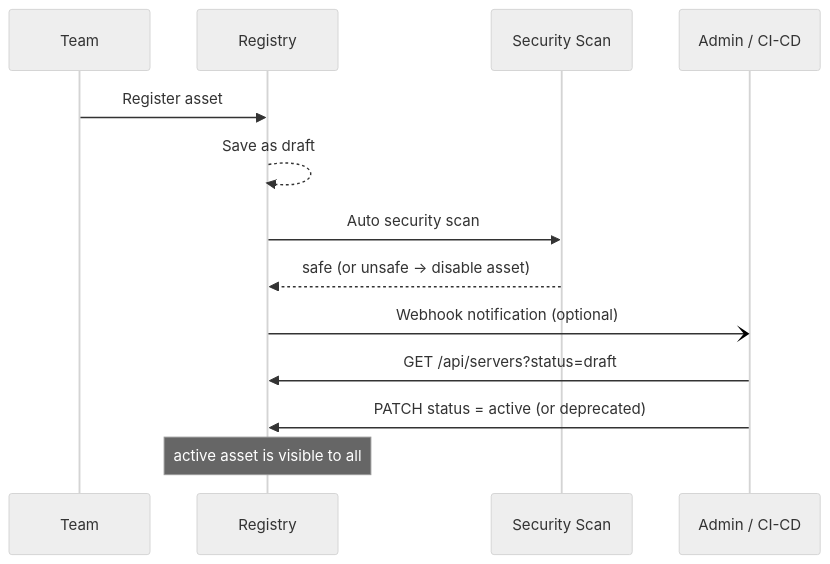
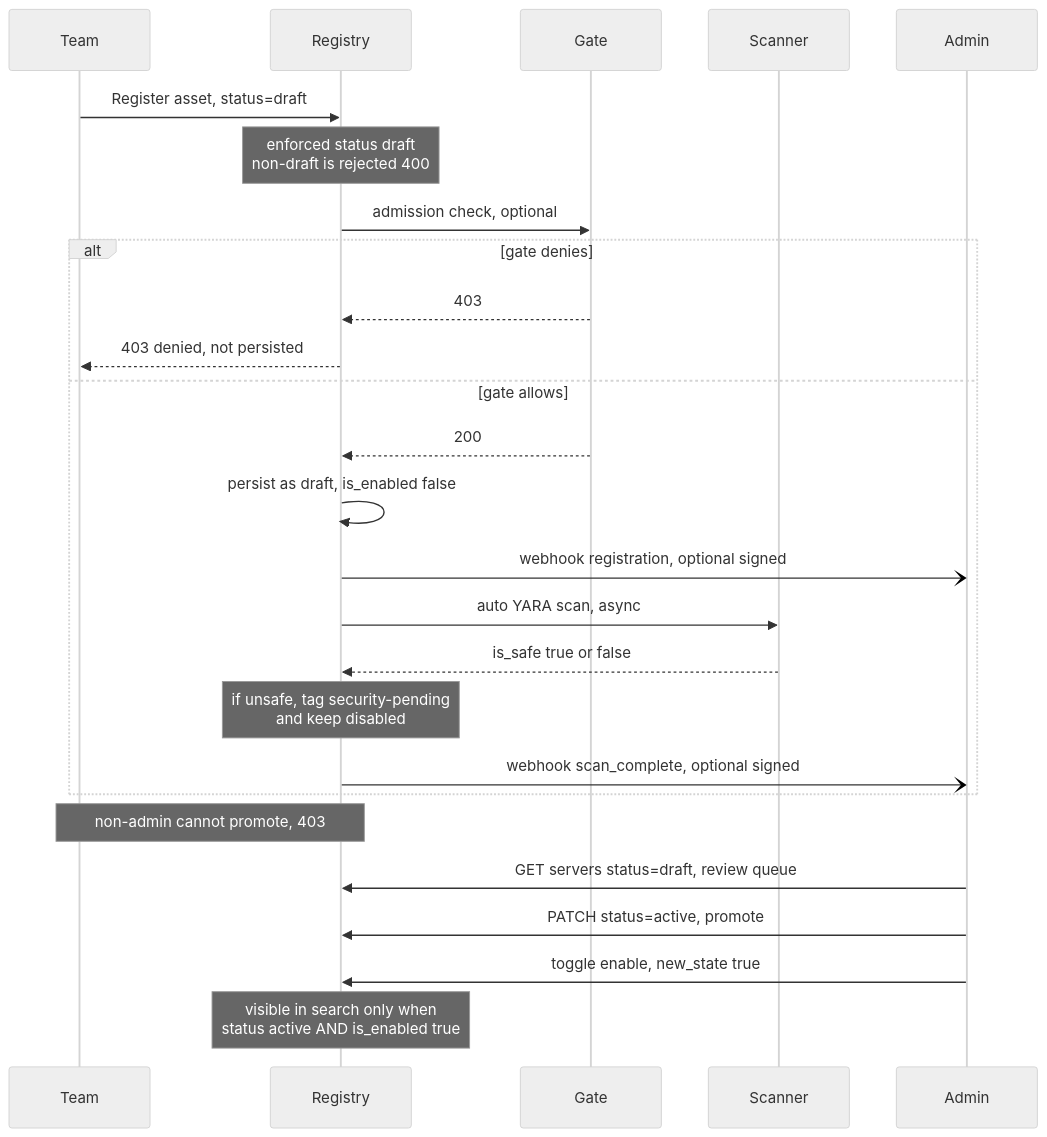
The diagram in docs/faq/self-service-asset-lifecycle-workflow.md (agentic-community/mcp-gateway-registry), drawn with Mermaid (neutral theme) before and after one commit. The commit also changed other lines of this file, not shown here.

Commit message:
docs(faq): unwrap prose to repo one-line-per-paragraph convention + render-safe gate/webhook sequence diagram (#1330)

````diff
--- a/docs/faq/self-service-asset-lifecycle-workflow.md
+++ b/docs/faq/self-service-asset-lifecycle-workflow.md
@@ -30,16 +23,29 @@
 ```mermaid
 sequenceDiagram
     participant Team
     participant Registry
-    participant Scanner as Security Scan
-    participant Admin as Admin / CI-CD
+    participant Gate
+    participant Scanner
+    participant Admin
 
-    Team->>Registry: Register asset
-    Registry-->>Registry: Save as draft
-    Registry->>Scanner: Auto security scan
-    Scanner-->>Registry: safe (or unsafe -> disable asset)
-    Registry-)Admin: Webhook notification (optional)
-    Admin->>Registry: GET /api/servers?status=draft
-    Admin->>Registry: PATCH status = active (or deprecated)
-    Note over Registry: active asset is visible to all
+    Team->>Registry: Register asset, status=draft
+    Note over Registry: enforced status draft<br/>non-draft is rejected 400
+    Registry->>Gate: admission check, optional
+    alt gate denies
+        Gate-->>Registry: 403
+        Registry-->>Team: 403 denied, not persisted
+    else gate allows
+        Gate-->>Registry: 200
+        Registry->>Registry: persist as draft, is_enabled false
+        Registry-)Admin: webhook registration, optional signed
+        Registry->>Scanner: auto YARA scan, async
+        Scanner-->>Registry: is_safe true or false
+        Note over Registry: if unsafe, tag security-pending<br/>and keep disabled
+        Registry-)Admin: webhook scan_complete, optional signed
+    end
+    Note over Team,Registry: non-admin cannot promote, 403
+    Admin->>Registry: GET servers status=draft, review queue
+    Admin->>Registry: PATCH status=active, promote
+    Admin->>Registry: toggle enable, new_state true
+    Note over Registry: visible in search only when<br/>status active AND is_enabled true
 ```
````
